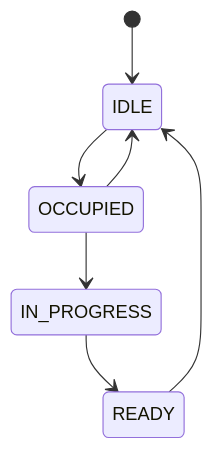
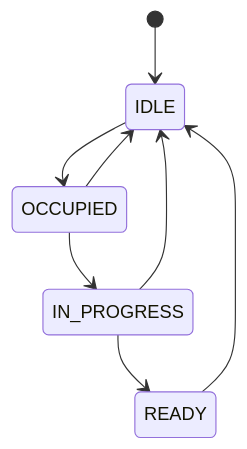
Before and after one commit to Aleks334/RoboBarman: the first of 3 diagrams in README.md, drawn with Mermaid. The commit also changed other lines of this file and 1 other file, not shown here.

````diff
--- a/README.md
+++ b/README.md
@@ -62,9 +64,10 @@
 ```mermaid
 stateDiagram-v2
     [*] --> IDLE
     IDLE --> OCCUPIED
     OCCUPIED --> IDLE
     OCCUPIED --> IN_PROGRESS
+    IN_PROGRESS --> IDLE
     IN_PROGRESS --> READY
     READY --> IDLE
 ```
````
